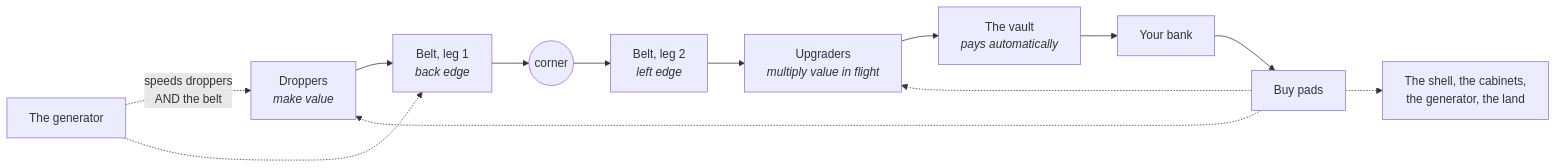
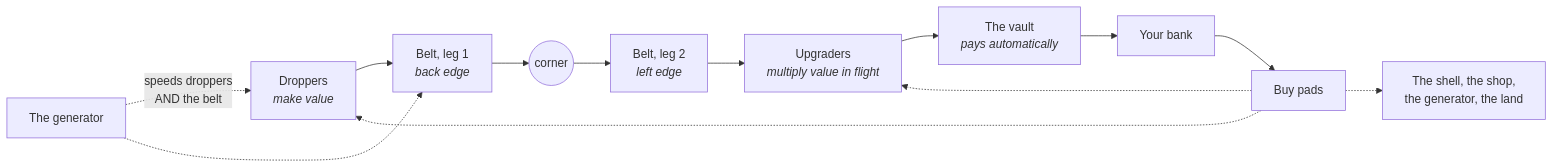
Before and after one commit to adit-rah/ttt: the third of 6 diagrams in docs/design/GAME.md, drawn with Mermaid. The commit also changed other lines of this file and 21 other files, not shown here.

````diff
--- a/docs/design/GAME.md
+++ b/docs/design/GAME.md
@@ -100,15 +100,15 @@
 ```mermaid
 flowchart LR
     D["Droppers<br/><i>make value</i>"] --> B1["Belt, leg 1<br/><i>back edge</i>"]
     B1 --> C(("corner"))
     C --> B2["Belt, leg 2<br/><i>left edge</i>"]
     B2 --> U["Upgraders<br/><i>multiply value in flight</i>"]
     U --> V["The vault<br/><i>pays automatically</i>"]
     V --> W["Your bank"]
     W --> P["Buy pads"]
     P -.-> D
     P -.-> U
-    P -.-> S["The shell, the cabinets,<br/>the generator, the land"]
+    P -.-> S["The shell, the shop,<br/>the generator, the land"]
     G["The generator"] -.->|"speeds droppers<br/>AND the belt"| D
     G -.-> B1
 ```
````
